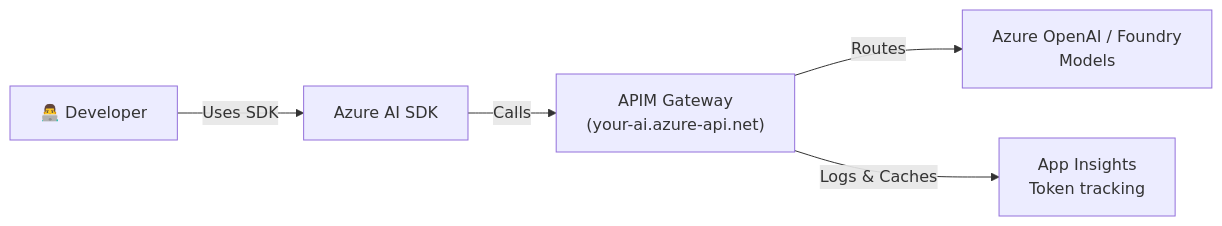
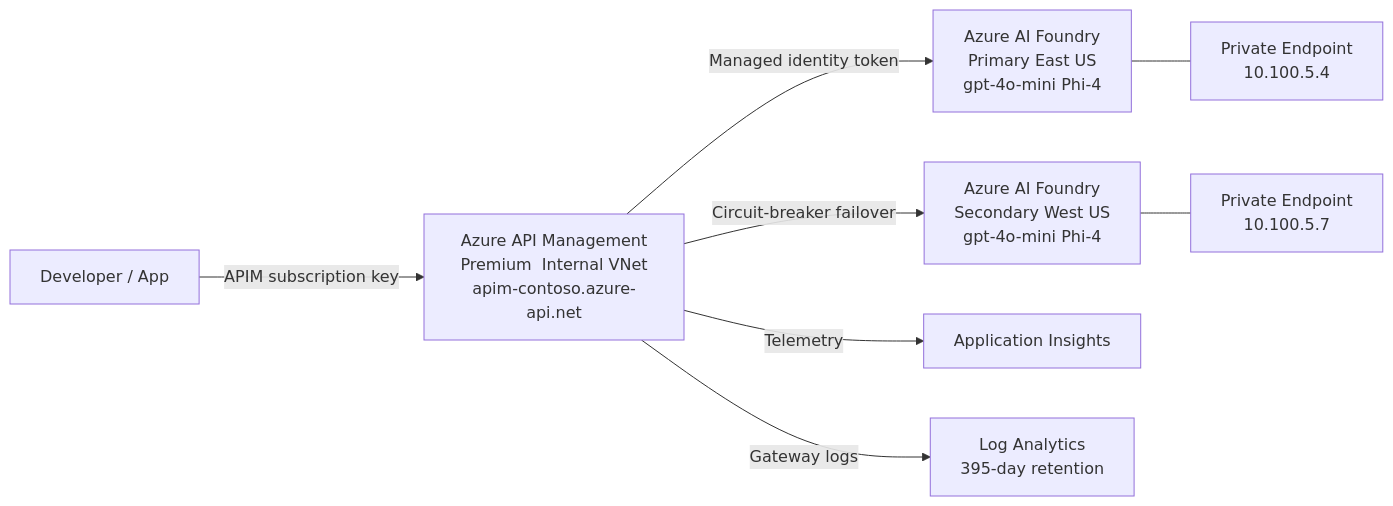
Before and after one commit to briandenicola/ai-azure-ai-as-a-service: the first of 2 diagrams in README.md, drawn with Mermaid. The commit also changed other lines of this file and 44 other files, not shown here.

````diff
--- a/README.md
+++ b/README.md
@@ -109,7 +33,14 @@
 ```mermaid
 graph LR
-    Dev["👨‍💻 Developer"]-->|Uses SDK| SDK["Azure AI SDK"]
-    SDK -->|Calls| APIM["APIM Gateway<br/>(your-ai.azure-api.net)"]
-    APIM -->|Routes| Model["Azure OpenAI / Foundry<br/>Models"]
-    APIM -->|Logs & Caches| Monitor["App Insights<br/>Token tracking"]
+    Dev[" Developer / App"]
+    Dev -->|APIM subscription key| APIM["Azure API Management\nPremium  Internal VNet\napim-contoso.azure-api.net"]
+
+    APIM -->|Managed identity token| F1["Azure AI Foundry\nPrimary  East US\ngpt-4o-mini  Phi-4"]
+    APIM -->|Circuit-breaker failover| F2["Azure AI Foundry\nSecondary  West US\ngpt-4o-mini  Phi-4"]
+
+    APIM -->|Telemetry| AI["Application Insights"]
+    APIM -->|Gateway logs| LA["Log Analytics\n395-day retention"]
+
+    F1 --- PE1["Private Endpoint\n10.100.5.4"]
+    F2 --- PE2["Private Endpoint\n10.100.5.7"]
 ```
````
